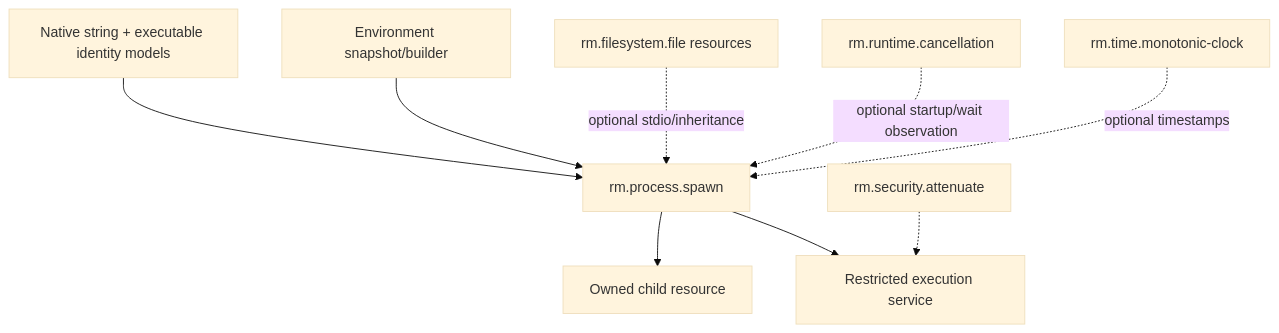
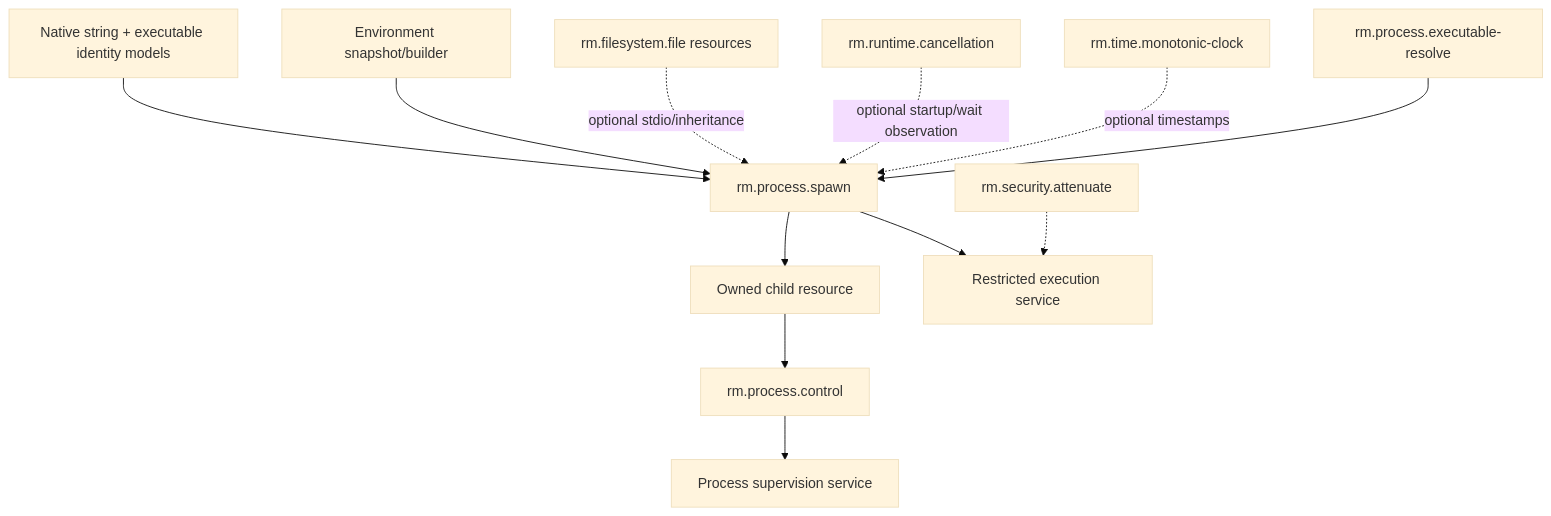
One commit to Rusty-Mill/rusty_foundation_akb changed the diagram in docs/02-capabilities/process/README.md. Above: the diagram before and after it, drawn with Mermaid (base theme). The commit also changed other lines of this file and 11 other files, not shown here.

Commit message:
Define process control and supervision

````diff
--- a/docs/02-capabilities/process/README.md
+++ b/docs/02-capabilities/process/README.md
@@ -16,11 +16,14 @@
 ```mermaid
 flowchart TD
     Native["Native string + executable identity models"] --> Spawn["rm.process.spawn"]
     Env["Environment snapshot/builder"] --> Spawn
     File["rm.filesystem.file resources"] -.->|"optional stdio/inheritance"| Spawn
     Cancel["rm.runtime.cancellation"] -.->|"optional startup/wait observation"| Spawn
     Clock["rm.time.monotonic-clock"] -.->|"optional timestamps"| Spawn
+    Resolve["rm.process.executable-resolve"] --> Spawn
     Spawn --> Child["Owned child resource"]
+    Child --> Control["rm.process.control"]
+    Control --> Supervision["Process supervision service"]
     Attenuate["rm.security.attenuate"] -.-> Restricted["Restricted execution service"]
     Spawn --> Restricted
 ```
````
